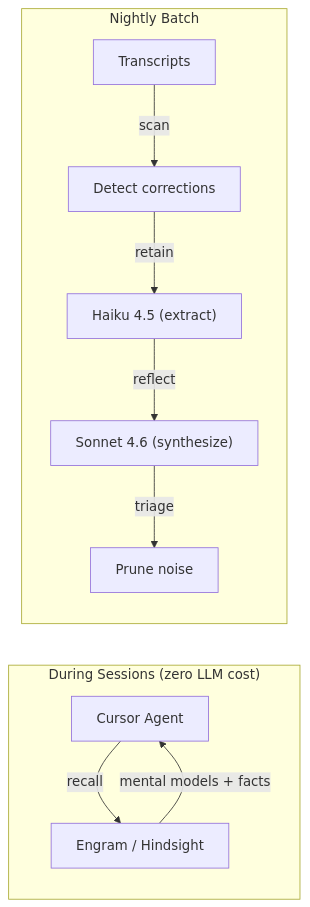
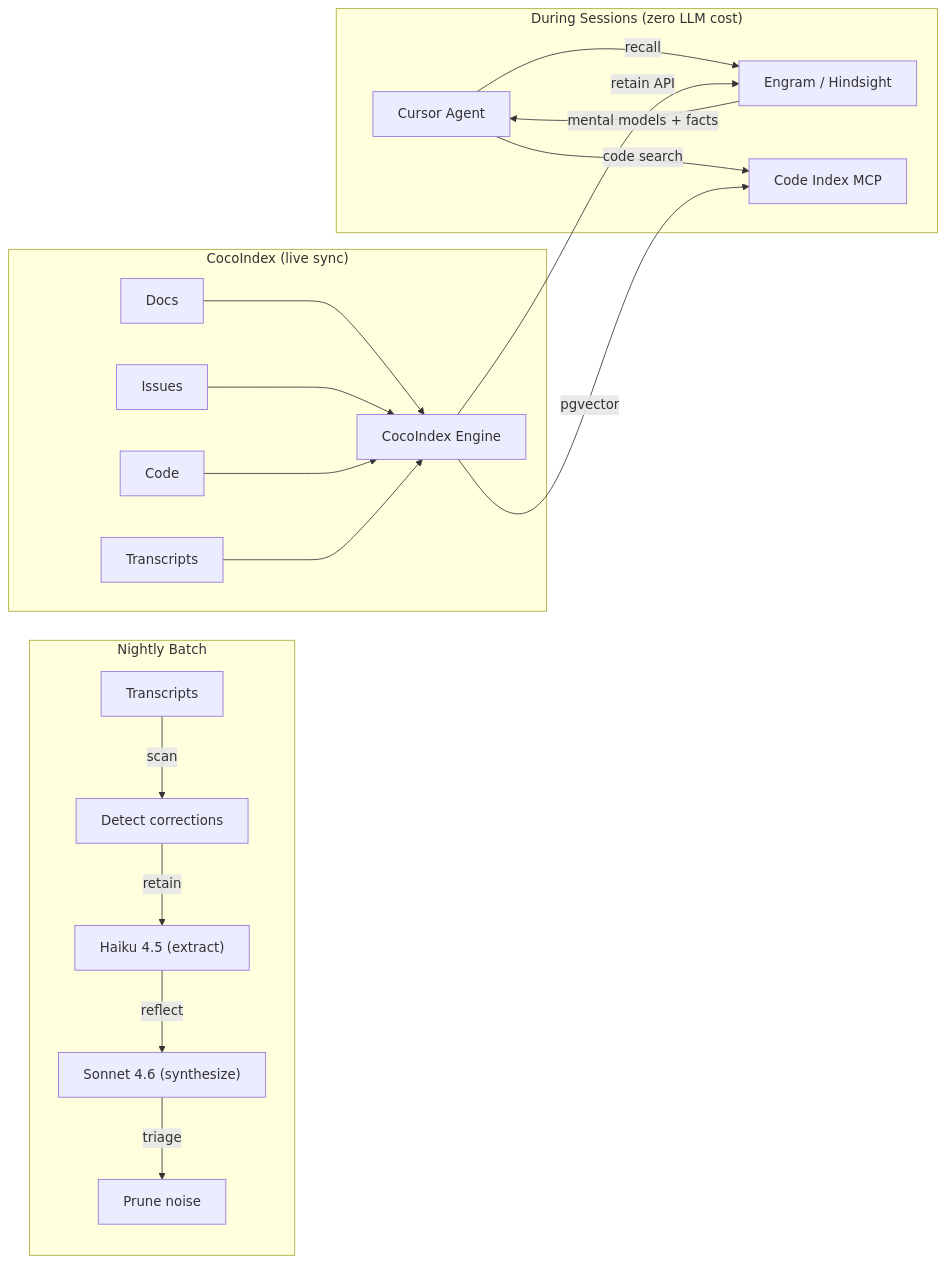
One commit to jordigilh/engram changed the first of 3 diagrams in README.md. Above: the diagram before and after it, drawn with Mermaid. The commit also changed other lines of this file and 4 other files, not shown here.

First line of the commit message:
Update documentation for CocoIndex architecture and expected benefits

````diff
--- a/README.md
+++ b/README.md
@@ -12,14 +12,24 @@
 ```mermaid
 flowchart LR
     subgraph session["During Sessions (zero LLM cost)"]
         A[Cursor Agent] -->|recall| B[Engram / Hindsight]
         B -->|"mental models + facts"| A
+        A -->|code search| CI_MCP[Code Index MCP]
     end
 
     subgraph nightly["Nightly Batch"]
         C[Transcripts] -->|scan| D[Detect corrections]
         D -->|retain| E["Haiku 4.5 (extract)"]
         E -->|reflect| F["Sonnet 4.6 (synthesize)"]
         F -->|triage| G["Prune noise"]
     end
+
+    subgraph cocoindex["CocoIndex (live sync)"]
+        docs_src[Docs] --> CI[CocoIndex Engine]
+        issues_src[Issues] --> CI
+        code_src[Code] --> CI
+        transcripts_src[Transcripts] --> CI
+        CI -->|"retain API"| B
+        CI -->|"pgvector"| CI_MCP
+    end
 ```
````
